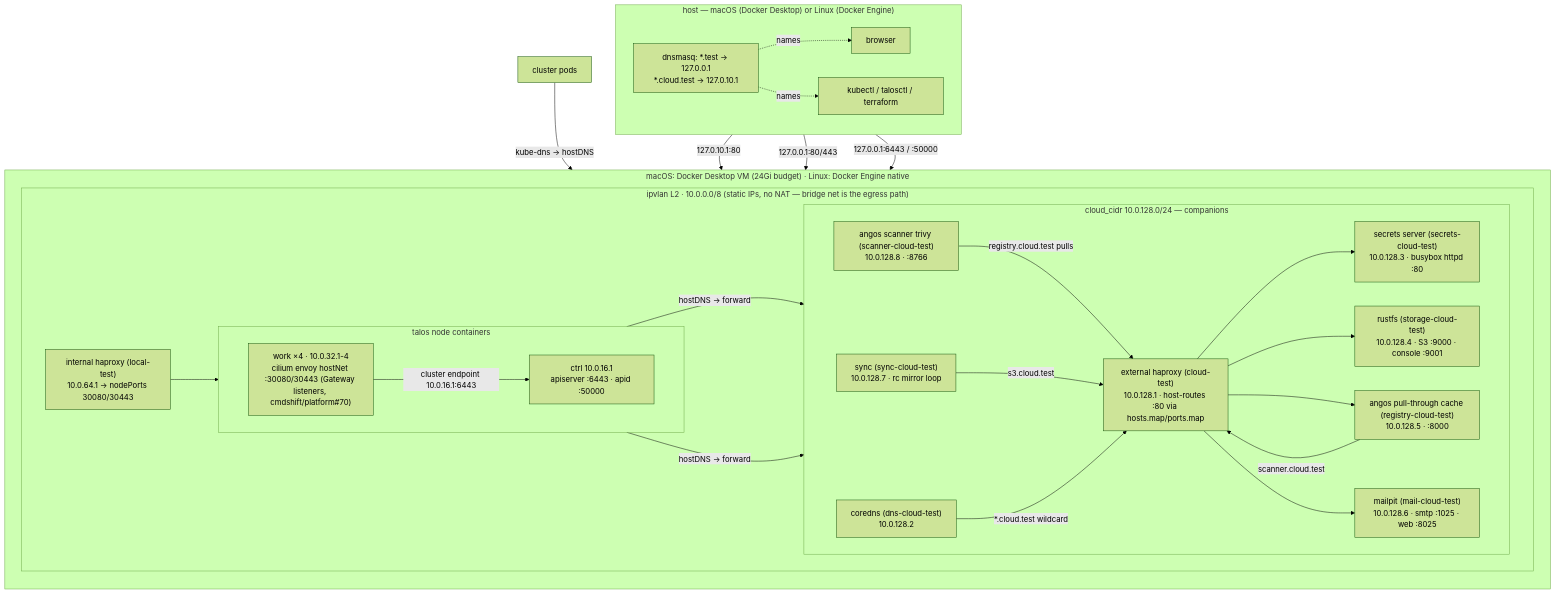
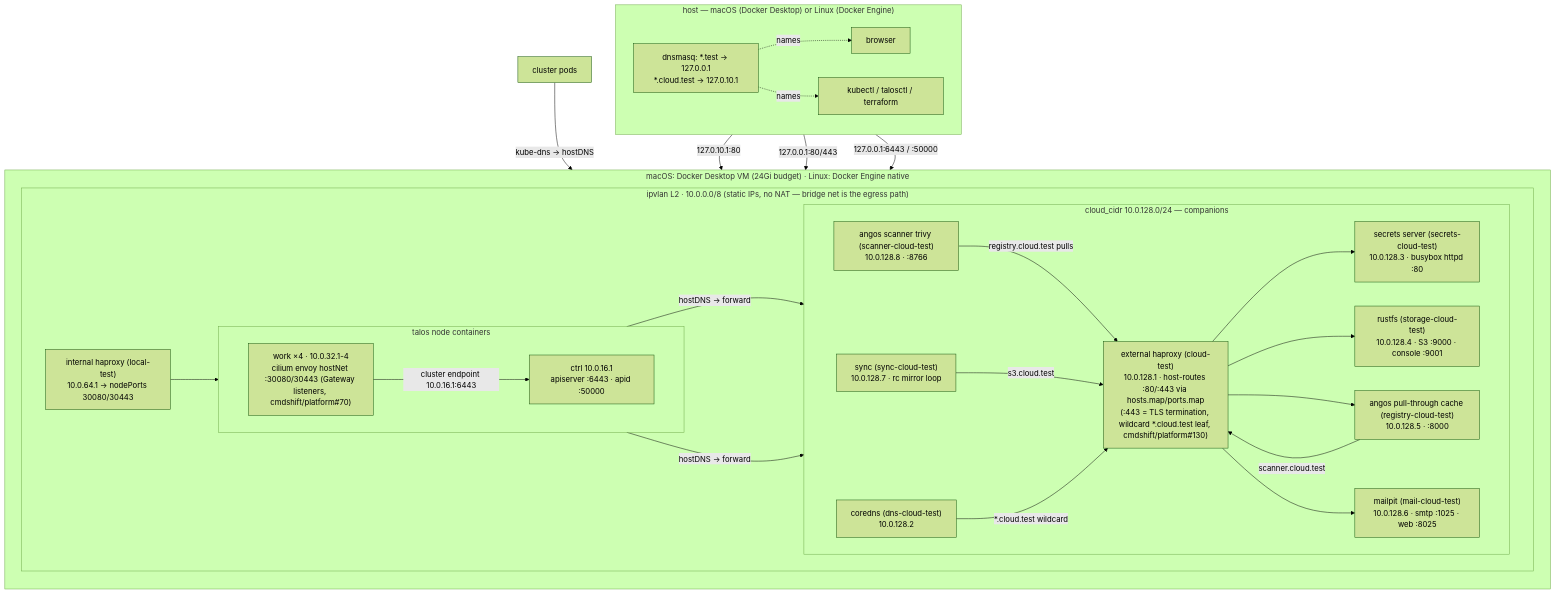
One commit to cmdshift/platform changed the diagram in cluster/local/ARCHITECTURE.md. Above: the diagram before and after it, drawn with Mermaid (forest theme). The commit also changed other lines of this file and 8 other files, not shown here.

First line of the commit message:
feat(cluster): restore TLS on the *.cloud.test external haproxy (cmdshift/platform#130)

````diff
--- a/cluster/local/ARCHITECTURE.md
+++ b/cluster/local/ARCHITECTURE.md
@@ -7,47 +7,47 @@
 ```mermaid
 flowchart TB
   subgraph host["host — macOS (Docker Desktop) or Linux (Docker Engine)"]
     direction LR
     BR["browser"]
     KC["kubectl / talosctl / terraform"]
     DNSMASQ["dnsmasq: *.test → 127.0.0.1\n*.cloud.test → 127.0.10.1"]
   end
 
   subgraph vm["macOS: Docker Desktop VM (24Gi budget) · Linux: Docker Engine native"]
     direction TB
     subgraph iv["ipvlan L2 · 10.0.0.0/8 (static IPs, no NAT — bridge net is the egress path)"]
       direction LR
       subgraph cloud["cloud_cidr 10.0.128.0/24 — companions"]
         direction LR
-        X["external haproxy (cloud-test)\n10.0.128.1 · host-routes :80 via hosts.map/ports.map"]
+        X["external haproxy (cloud-test)\n10.0.128.1 · host-routes :80/:443 via hosts.map/ports.map\n(:443 = TLS termination, wildcard *.cloud.test leaf, cmdshift/platform#130)"]
         CD["coredns (dns-cloud-test)\n10.0.128.2"]
         SE["secrets server (secrets-cloud-test)\n10.0.128.3 · busybox httpd :80"]
         RU["rustfs (storage-cloud-test)\n10.0.128.4 · S3 :9000 · console :9001"]
         AN["angos pull-through cache (registry-cloud-test)\n10.0.128.5 · :8000"]
         MP["mailpit (mail-cloud-test)\n10.0.128.6 · smtp :1025 · web :8025"]
         SY["sync (sync-cloud-test)\n10.0.128.7 · rc mirror loop"]
         SC["angos scanner trivy (scanner-cloud-test)\n10.0.128.8 · :8766"]
       end
       subgraph nodes["talos node containers"]
         direction LR
         CP["ctrl 10.0.16.1\napiserver :6443 · apid :50000"]
         WK["work ×4 · 10.0.32.1-4\ncilium envoy hostNet :30080/30443 (Gateway listeners, cmdshift/platform#70)"]
       end
       LB["internal haproxy (local-test)\n10.0.64.1 → nodePorts 30080/30443"]
     end
   end
 
   DNSMASQ -. names .-> BR & KC
   BR -- "127.0.10.1:80" --> X
   BR -- "127.0.0.1:80/443" --> LB
   KC -- "127.0.0.1:6443 / :50000" --> CP
   X --> SE & RU & AN & MP
   AN -- "scanner.cloud.test" --> X
   SC -- "registry.cloud.test pulls" --> X
   LB --> WK
   WK -- "cluster endpoint 10.0.16.1:6443" --> CP
   SY -- "s3.cloud.test" --> X
   WK & CP -- "hostDNS → forward" --> CD
   CD -- "*.cloud.test wildcard" --> X
   pods["cluster pods"] -- "kube-dns → hostDNS" --> CD
 ```
````
